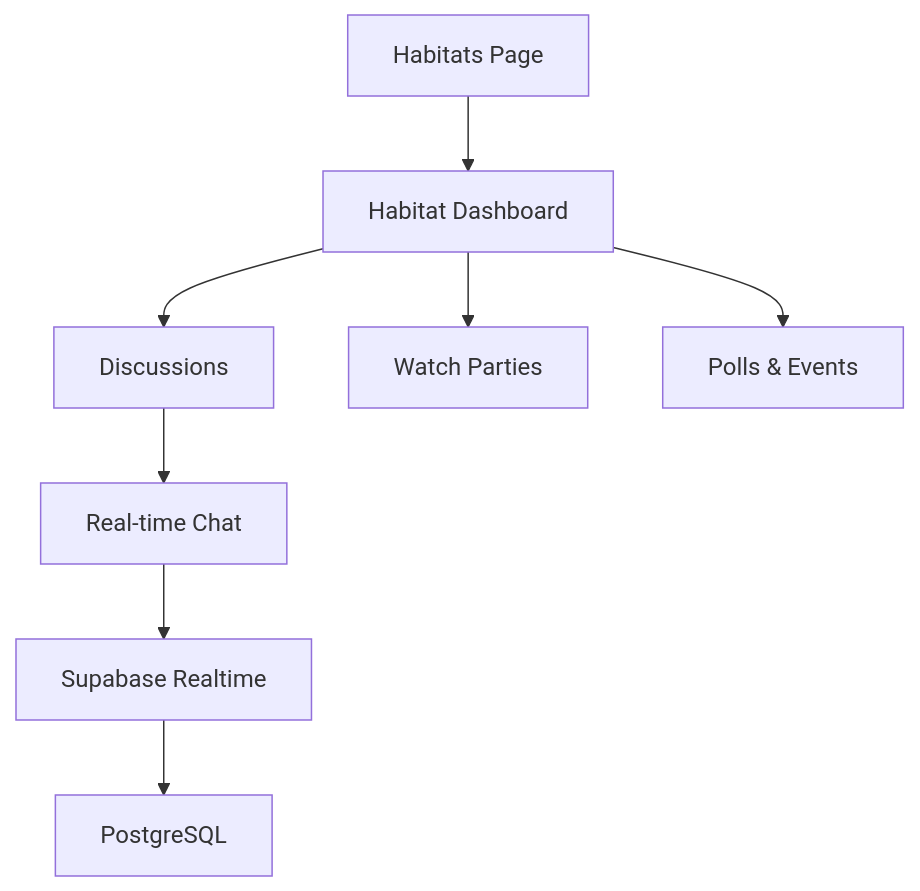
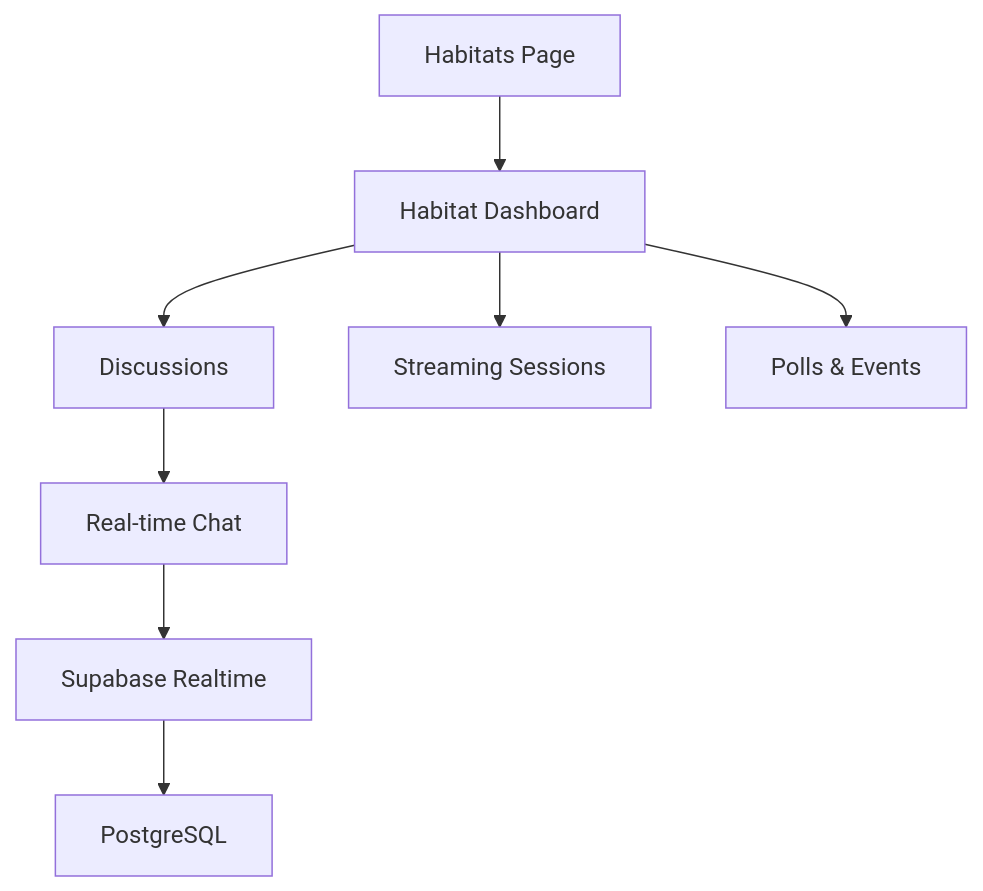
Before and after one commit to clawrenceharris/moovyzoo: the diagram in .kiro/specs/habitats/design.md, drawn with Mermaid. The commit also changed other lines of this file and 182 other files, not shown here.

````diff
--- a/.kiro/specs/habitats/design.md
+++ b/.kiro/specs/habitats/design.md
@@ -11,10 +11,10 @@
 ```mermaid
 graph TB
     A[Habitats Page] --> B[Habitat Dashboard]
     B --> C[Discussions]
-    B --> D[Watch Parties]
+    B --> D[Streaming Sessions]
     B --> E[Polls & Events]
     C --> F[Real-time Chat]
     F --> G[Supabase Realtime]
     G --> H[PostgreSQL]
 ```
````
